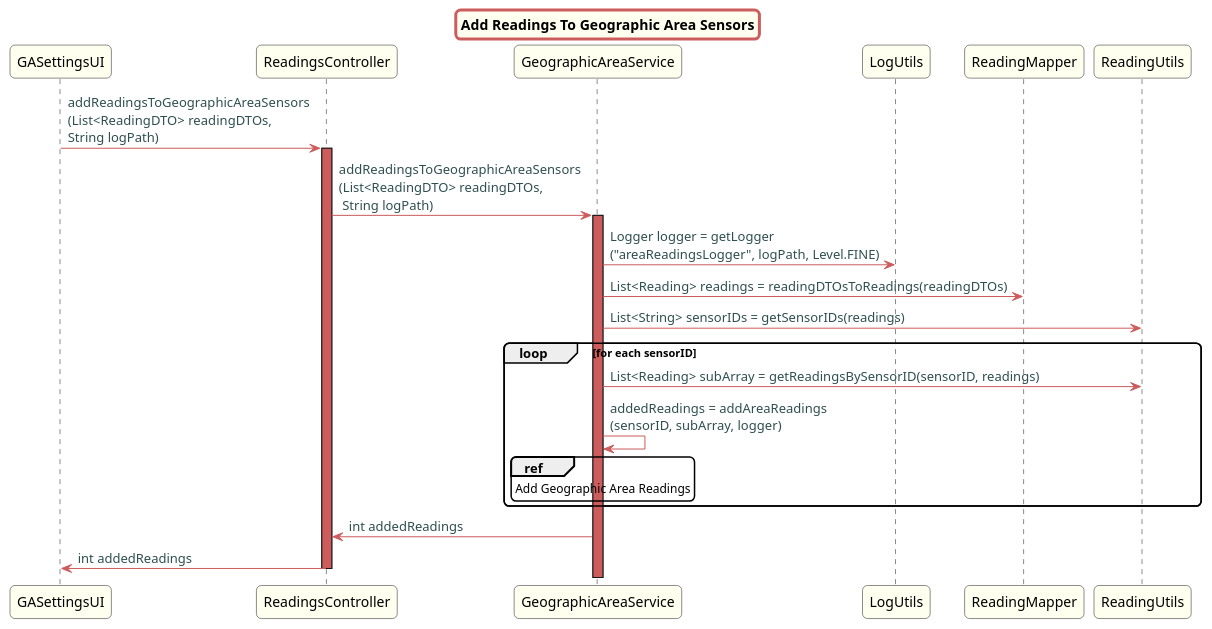
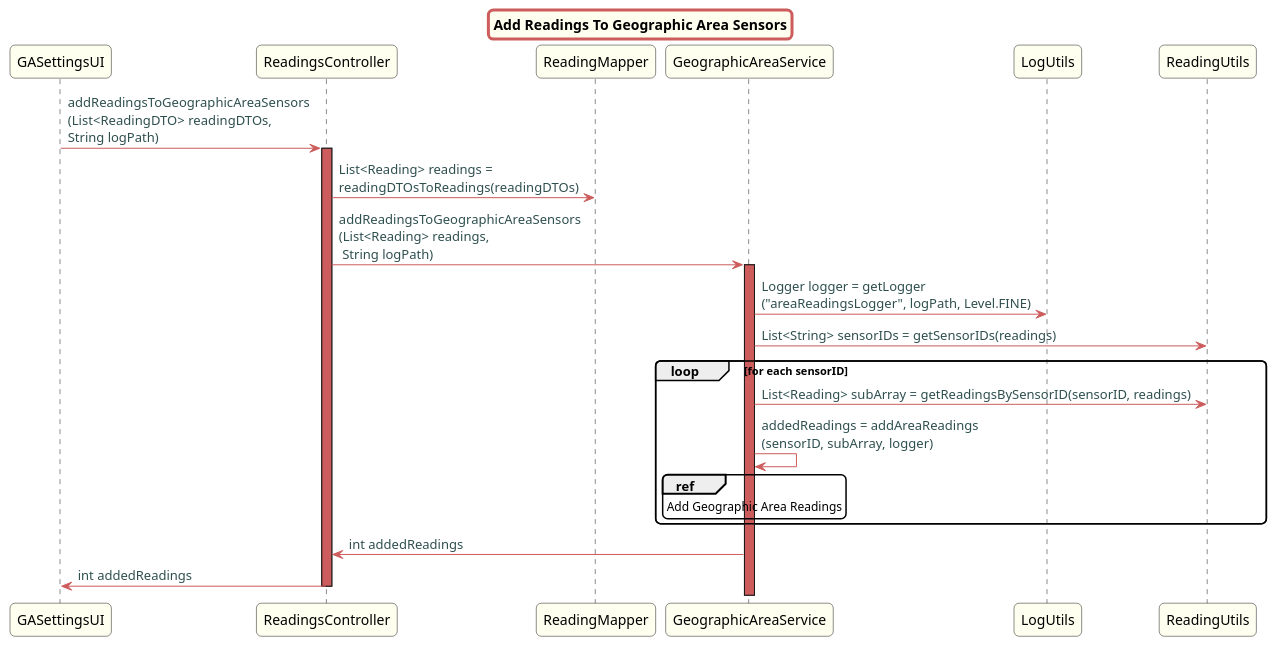
One commit to Almadanmp/project changed the diagram in src/doc/Controllers/GASettings/US20v2/AddReadingsToGeographicAreaSensors.puml. Above: the diagram before and after it, drawn with PlantUML. The commit also changed 18 other files, not shown here.

```diff
--- a/src/doc/Controllers/GASettings/US20v2/AddReadingsToGeographicAreaSensors.puml
+++ b/src/doc/Controllers/GASettings/US20v2/AddReadingsToGeographicAreaSensors.puml
@@ -1,52 +1,52 @@
 @startuml
 
 skinparam titleBorderRoundCorner 10
 skinparam titleBorderThickness 3
 skinparam titleBorderColor indianred
 skinparam titleBackgroundColor ivory
 skinparam FontName quicksand
 
 skinparam actor {
   BorderColor indianred
   }
 
 skinparam sequence {
   LifeLineBackgroundColor indianred
   ParticipantBackgroundColor ivory
 }
 
 skinparam roundcorner 10
 
 skinparam component {
   arrowThickness 1
   ArrowFontName Verdana
   ArrowColor indianred
   ArrowFontColor darkslategrey
 }
 
 title Add Readings To Geographic Area Sensors
 GASettingsUI -> ReadingsController: addReadingsToGeographicAreaSensors\n(List<ReadingDTO> readingDTOs, \nString logPath)
 activate ReadingsController
-ReadingsController -> GeographicAreaService: addReadingsToGeographicAreaSensors\n(List<ReadingDTO> readingDTOs,\n String logPath)
+ReadingsController -> ReadingMapper: List<Reading> readings = \nreadingDTOsToReadings(readingDTOs)
+ReadingsController -> GeographicAreaService: addReadingsToGeographicAreaSensors\n(List<Reading> readings,\n String logPath)
 activate GeographicAreaService
 
 GeographicAreaService -> LogUtils: Logger logger = getLogger\n("areaReadingsLogger", logPath, Level.FINE)
-GeographicAreaService -> ReadingMapper: List<Reading> readings = readingDTOsToReadings(readingDTOs)
 GeographicAreaService -> ReadingUtils: List<String> sensorIDs = getSensorIDs(readings)
 
 
 loop for each sensorID
 GeographicAreaService -> ReadingUtils: List<Reading> subArray = getReadingsBySensorID(sensorID, readings)
 
 GeographicAreaService -> GeographicAreaService: addedReadings = addAreaReadings\n(sensorID, subArray, logger)
 ref over GeographicAreaService
 Add Geographic Area Readings
 end ref
 end
 
 GeographicAreaService -> ReadingsController: int addedReadings
 ReadingsController -> GASettingsUI: int addedReadings
 
 deactivate ReadingsController
 
 @enduml
```
